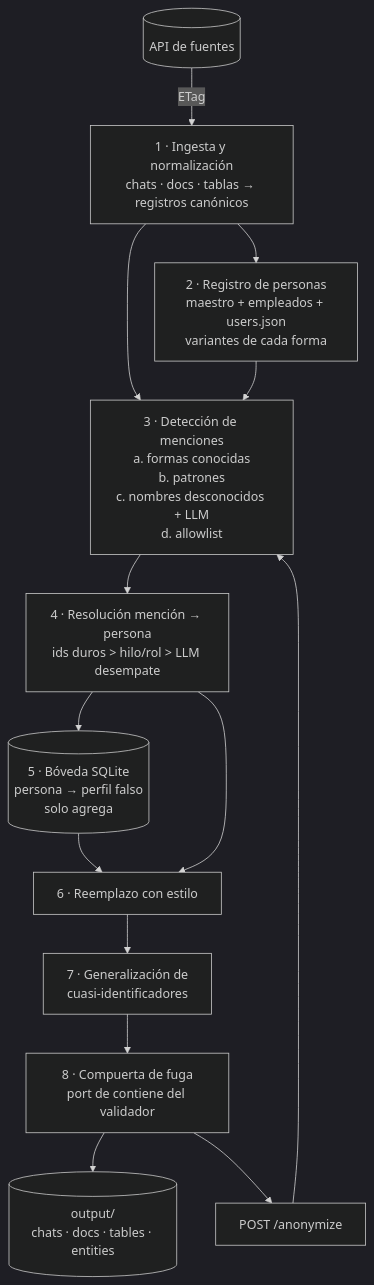
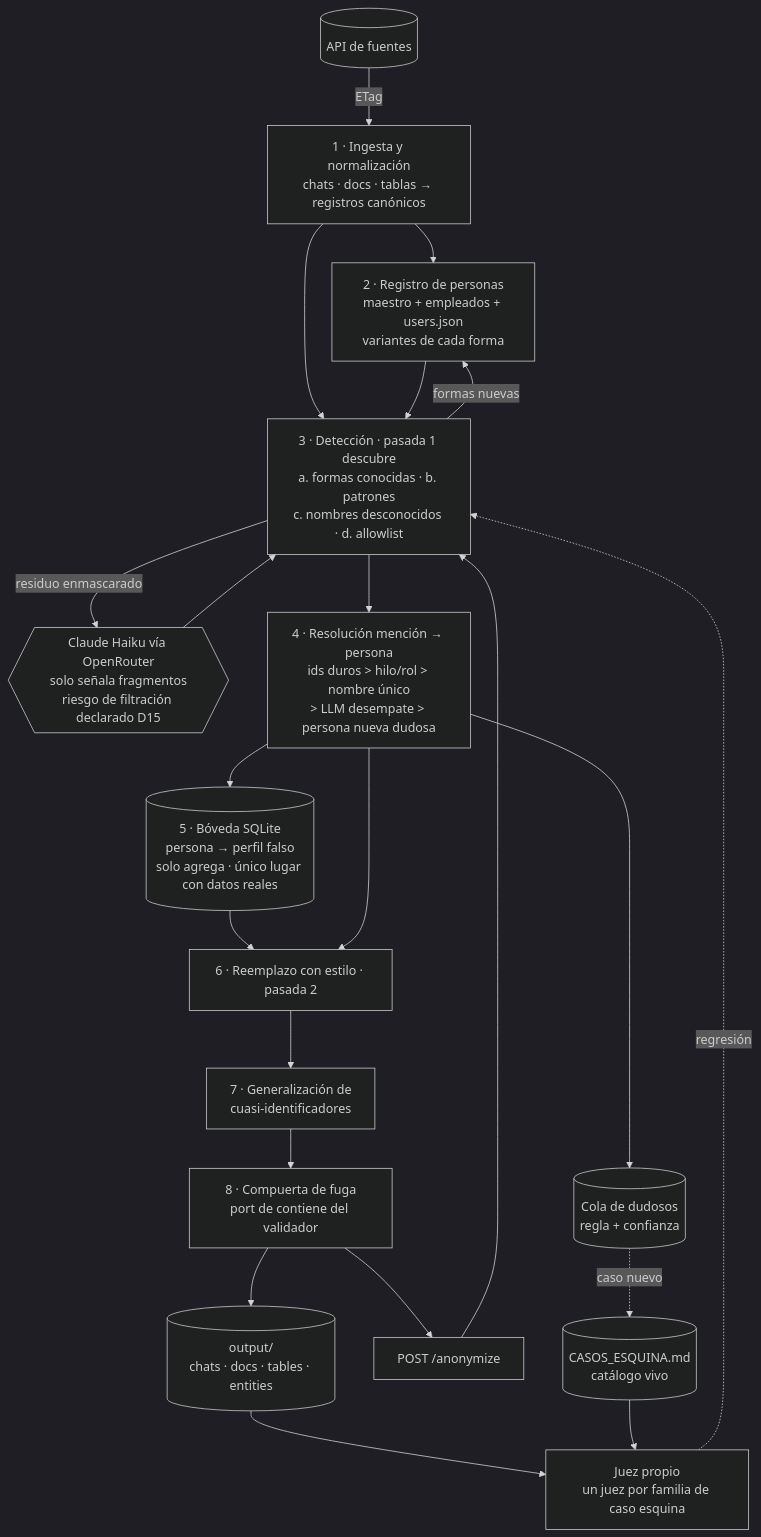
The diagram in DISEÑO.md (game013/frontier-hackaton-31102026), drawn with Mermaid (dark theme) before and after one commit. The commit also changed other lines of this file and 2 other files, not shown here.

Commit message:
docs: agrega casos esquina, juez propio y riesgo de filtración al LLM

````diff
--- a/DISEÑO.md
+++ b/DISEÑO.md
@@ -77,16 +77,24 @@
 ```mermaid
 flowchart TD
     API[(API de fuentes)] -->|ETag| ING[1 · Ingesta y normalización<br/>chats · docs · tablas → registros canónicos]
     ING --> REG[2 · Registro de personas<br/>maestro + empleados + users.json<br/>variantes de cada forma]
-    ING --> DET[3 · Detección de menciones<br/>a. formas conocidas<br/>b. patrones<br/>c. nombres desconocidos + LLM<br/>d. allowlist]
+    ING --> DET[3 · Detección · pasada 1 descubre<br/>a. formas conocidas · b. patrones<br/>c. nombres desconocidos · d. allowlist]
     REG --> DET
-    DET --> RES[4 · Resolución mención → persona<br/>ids duros > hilo/rol > LLM desempate]
-    RES --> BOV[(5 · Bóveda SQLite<br/>persona → perfil falso<br/>solo agrega)]
-    BOV --> REP[6 · Reemplazo con estilo]
+    DET -->|formas nuevas| REG
+    DET -->|residuo enmascarado| LLM{{Claude Haiku vía OpenRouter<br/>solo señala fragmentos<br/>riesgo de filtración declarado D15}}
+    LLM --> DET
+    DET --> RES[4 · Resolución mención → persona<br/>ids duros > hilo/rol > nombre único<br/>> LLM desempate > persona nueva dudosa]
+    RES --> DUD[(Cola de dudosos<br/>regla + confianza)]
+    RES --> BOV[(5 · Bóveda SQLite<br/>persona → perfil falso<br/>solo agrega · único lugar con datos reales)]
+    BOV --> REP[6 · Reemplazo con estilo · pasada 2]
     RES --> REP
     REP --> GEN[7 · Generalización de<br/>cuasi-identificadores]
     GEN --> GATE[8 · Compuerta de fuga<br/>port de contiene del validador]
     GATE --> OUT[(output/<br/>chats · docs · tables · entities)]
     LIVE[POST /anonymize] --> DET
     GATE --> LIVE
+    OUT --> JUEZ[Juez propio<br/>un juez por familia de caso esquina]
+    CAT[(CASOS_ESQUINA.md<br/>catálogo vivo)] --> JUEZ
+    DUD -.->|caso nuevo| CAT
+    JUEZ -.->|regresión| DET
 ```
````
